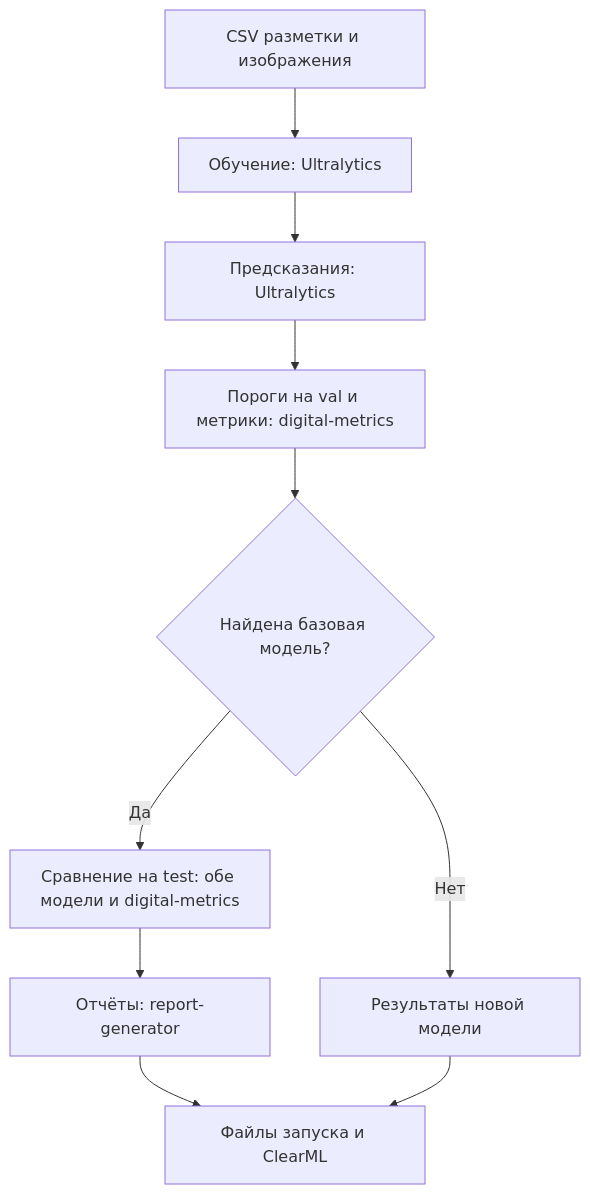
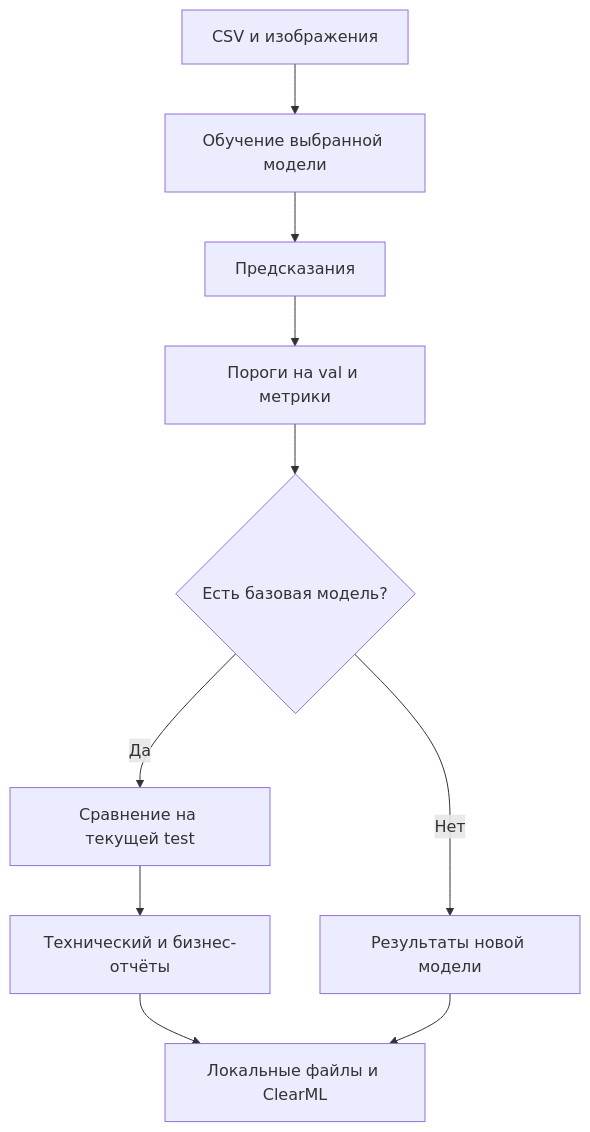
One commit to BuckanovNikita/clearml-yolo changed the diagram in README.md. Above: the diagram before and after it, drawn with Mermaid. The commit also changed other lines of this file and 10 other files, not shown here.

````diff
--- a/README.md
+++ b/README.md
@@ -115,12 +131,12 @@
 ```mermaid
 flowchart TD
-    B["CSV разметки и изображения"] --> C["Обучение: Ultralytics"]
-    C --> D["Предсказания: Ultralytics"]
-    D --> E["Пороги на val и метрики: digital-metrics"]
-    E --> F{"Найдена базовая модель?"}
-    F -->|Да| G["Сравнение на test: обе модели и digital-metrics"]
-    G --> H["Отчёты: report-generator"]
-    F -->|Нет| I["Результаты новой модели"]
-    H --> J["Файлы запуска и ClearML"]
-    I --> J
+    A["CSV и изображения"] --> B["Обучение выбранной модели"]
+    B --> C["Предсказания"]
+    C --> D["Пороги на val и метрики"]
+    D --> E{"Есть базовая модель?"}
+    E -->|Да| F["Сравнение на текущей test"]
+    F --> G["Технический и бизнес-отчёты"]
+    E -->|Нет| H["Результаты новой модели"]
+    G --> I["Локальные файлы и ClearML"]
+    H --> I
 ```
````
